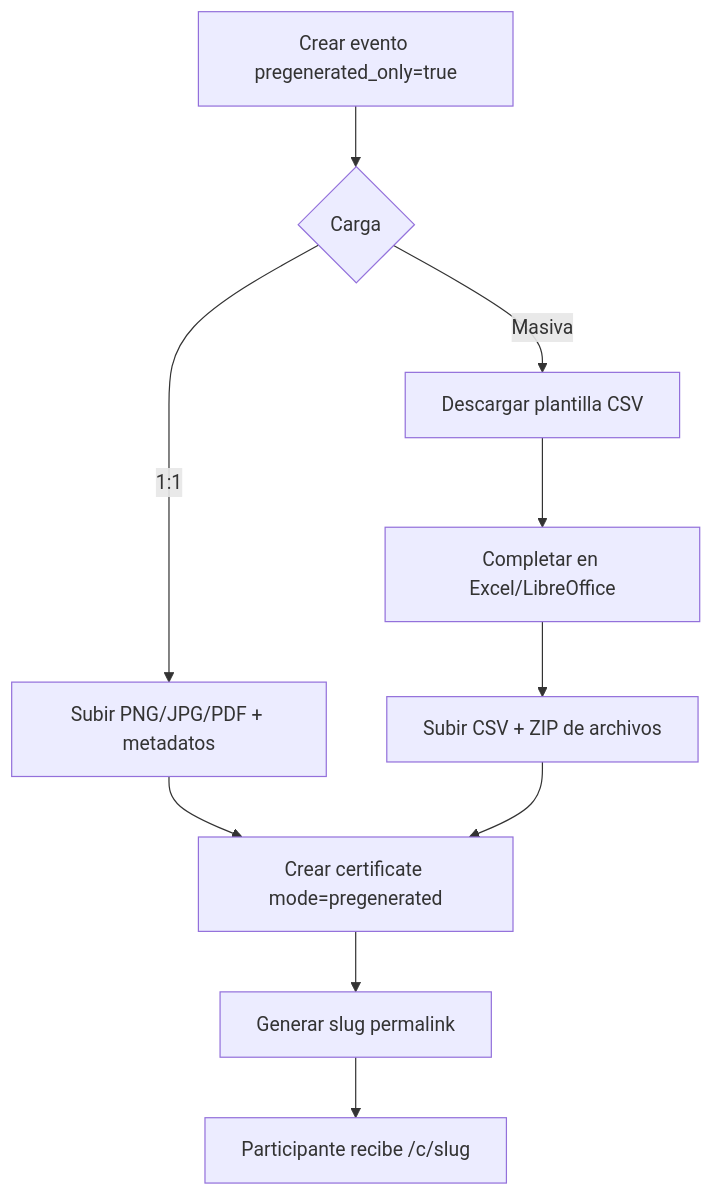
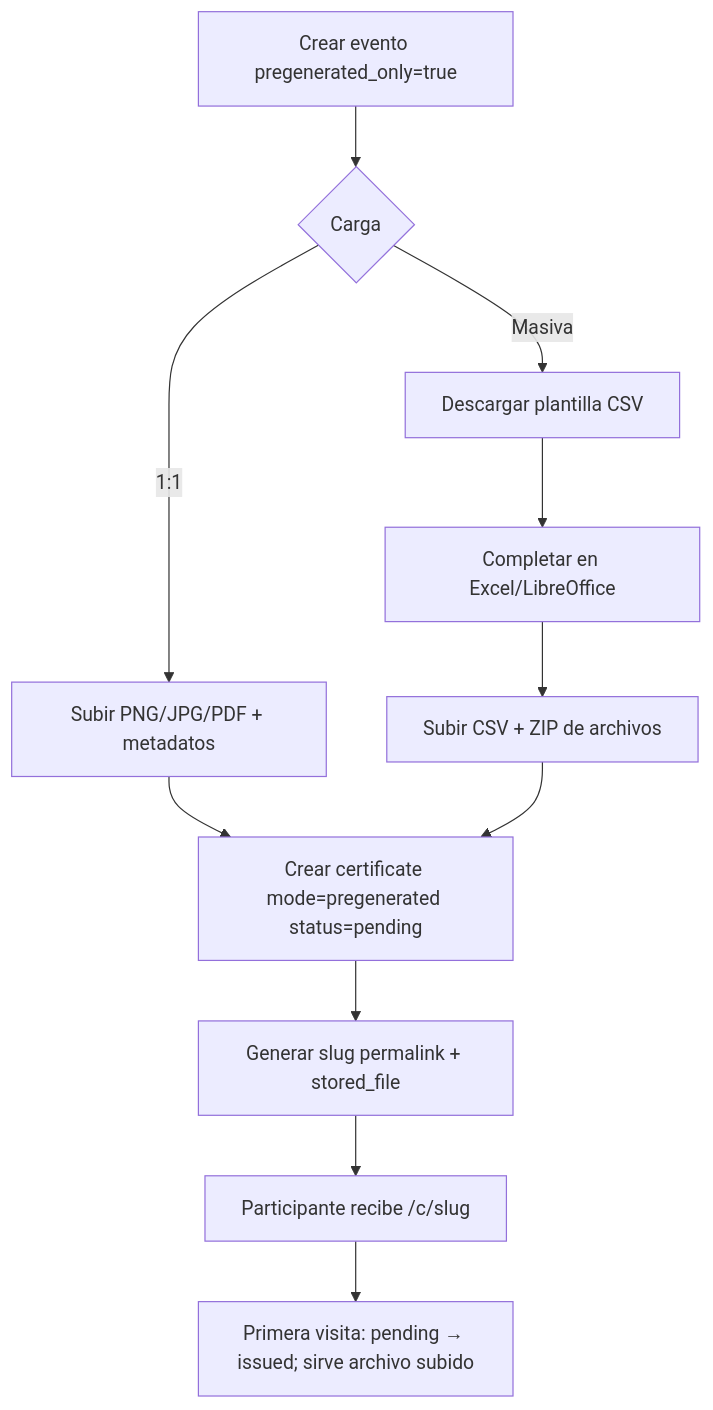
The sixth of 9 diagrams in docs/04-flujos-funcionales.md (OSMLatam/certificados), drawn with Mermaid before and after one commit. The commit also changed other lines of this file and 13 other files, not shown here.

````diff
--- a/docs/04-flujos-funcionales.md
+++ b/docs/04-flujos-funcionales.md
@@ -192,12 +196,13 @@
 ```mermaid
 flowchart TD
     A[Crear evento pregenerated_only=true] --> B{Carga}
     B -->|1:1| C[Subir PNG/JPG/PDF + metadatos]
     B -->|Masiva| D[Descargar plantilla CSV]
     D --> E[Completar en Excel/LibreOffice]
     E --> F[Subir CSV + ZIP de archivos]
-    C --> G[Crear certificate mode=pregenerated]
+    C --> G[Crear certificate mode=pregenerated status=pending]
     F --> G
-    G --> H[Generar slug permalink]
+    G --> H[Generar slug permalink + stored_file]
     H --> I[Participante recibe /c/slug]
+    I --> J[Primera visita: pending → issued; sirve archivo subido]
 ```
````
